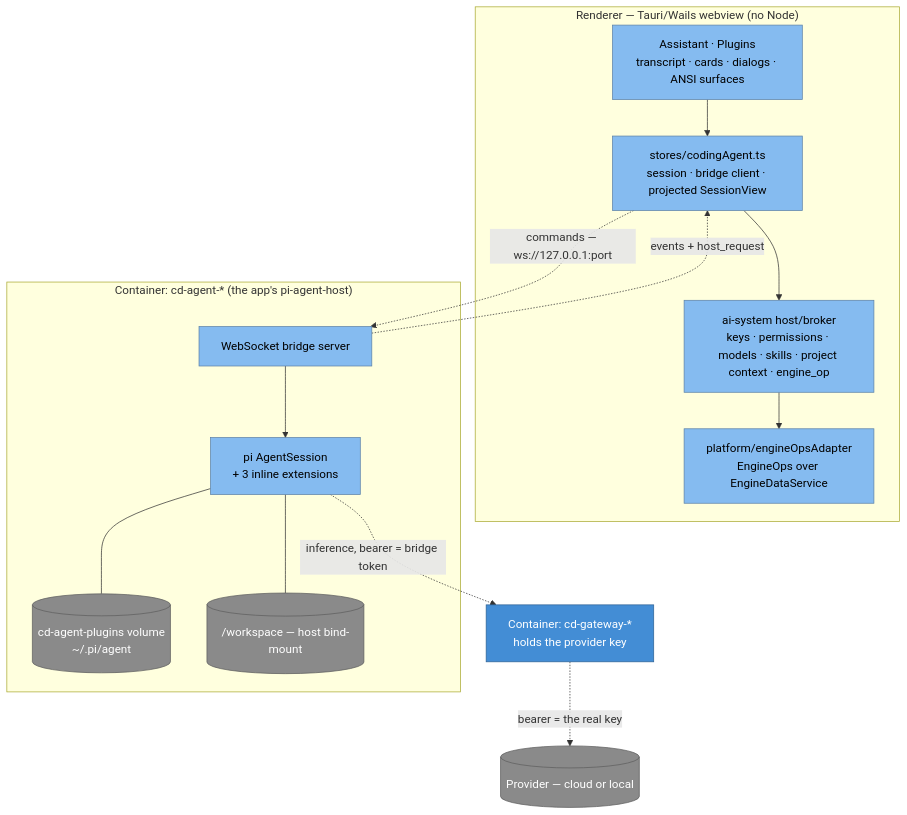
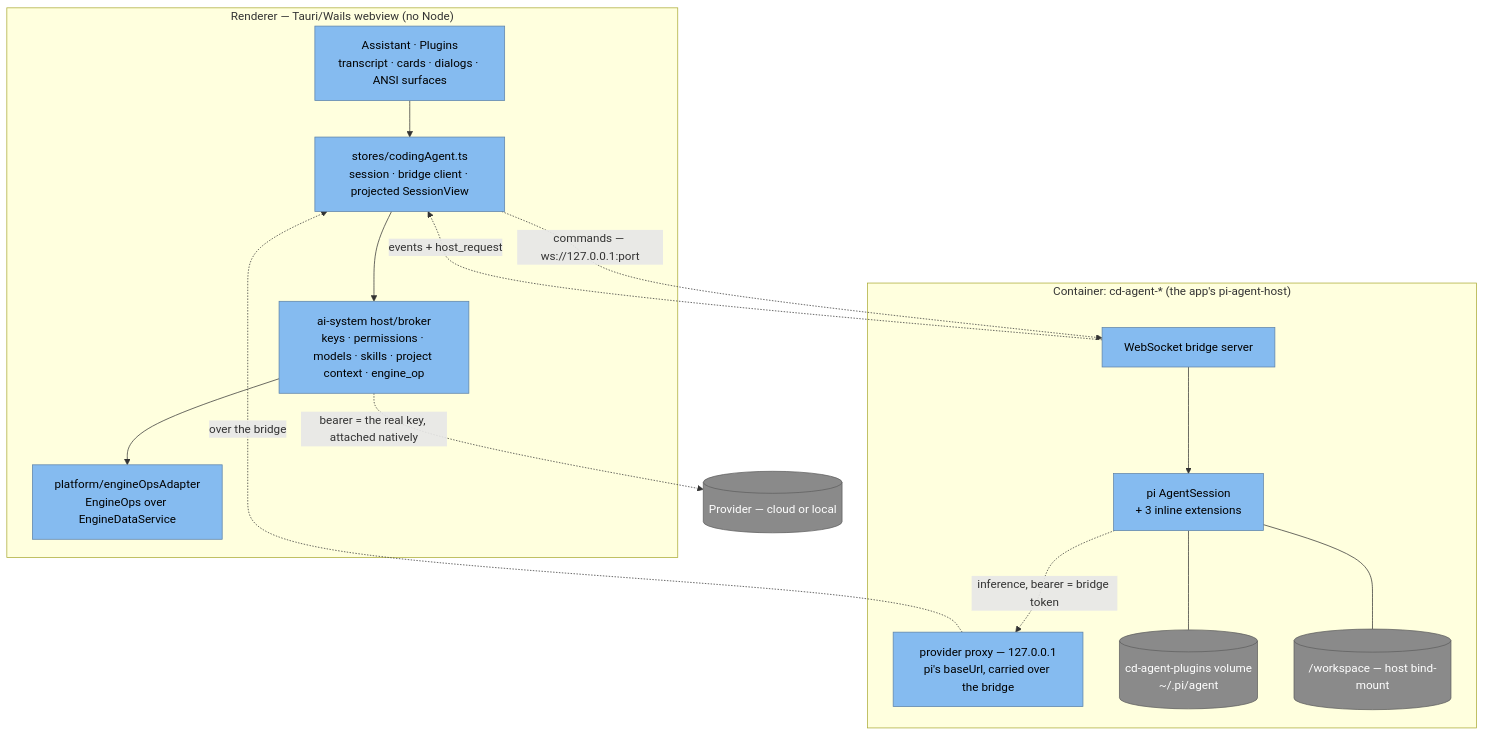
The diagram in docs/architecture/ai-subsystem.md (iongion/container-desktop), drawn with Mermaid before and after one commit. The commit also changed other lines of this file and 67 other files, not shown here.

First line of the commit message:
feat(ai): the provider key stays on the user's machine, behind the app

````diff
--- a/docs/architecture/ai-subsystem.md
+++ b/docs/architecture/ai-subsystem.md
@@ -94,31 +93,32 @@
 ```mermaid
 flowchart TB
   subgraph renderer["Renderer — Tauri/Wails webview (no Node)"]
     ui["Assistant · Plugins<br/>transcript · cards · dialogs · ANSI surfaces"]:::component
     store["stores/codingAgent.ts<br/>session · bridge client · projected SessionView"]:::component
     broker["ai-system host/broker<br/>keys · permissions · models · skills · project context · engine_op"]:::component
     ops["platform/engineOpsAdapter<br/>EngineOps over EngineDataService"]:::component
   end
   subgraph agent["Container: cd-agent-* (the app's pi-agent-host)"]
     host["WebSocket bridge server"]:::component
+    proxy["provider proxy — 127.0.0.1<br/>pi's baseUrl, carried over the bridge"]:::component
     pi["pi AgentSession<br/>+ 3 inline extensions"]:::component
     vol[("cd-agent-plugins volume<br/>~/.pi/agent")]:::external
     ws[("/workspace — host bind-mount")]:::external
   end
-  gw["Container: cd-gateway-*<br/>holds the provider key"]:::container
   prov[(Provider — cloud or local)]:::external
 
   ui --> store
   store -.->|"commands — ws://127.0.0.1:port"| host
   host -.->|"events + host_request"| store
   host --> pi
   pi --- vol
   pi --- ws
   store --> broker --> ops
-  pi -.->|"inference, bearer = bridge token"| gw
-  gw -.->|"bearer = the real key"| prov
+  pi -.->|"inference, bearer = bridge token"| proxy
+  proxy -.->|"over the bridge"| store
+  broker -.->|"bearer = the real key, attached natively"| prov
 
   classDef component fill:#85bbf0,color:#000,stroke:#5d82a8;
   classDef container fill:#438dd5,color:#fff,stroke:#2e6295;
   classDef external fill:#8a8a8a,color:#fff,stroke:#5e5e5e;
 ```
````
